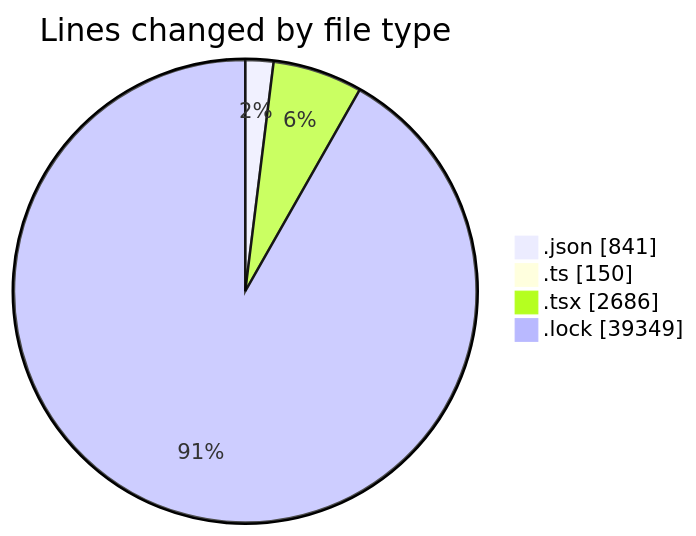
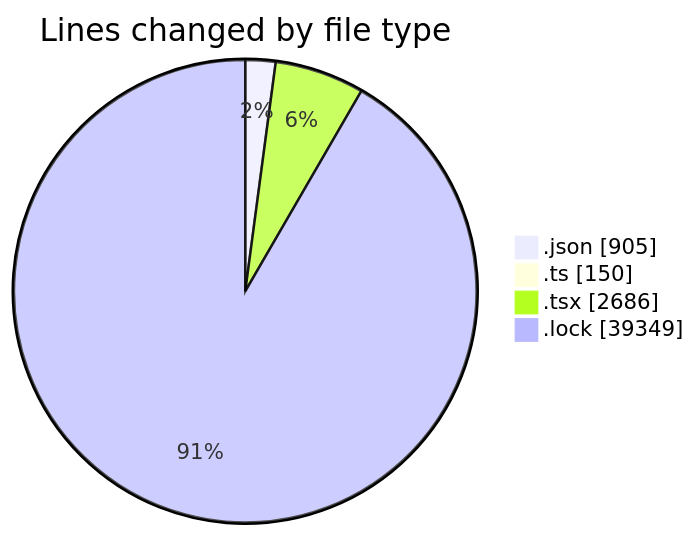
The first of 2 diagrams in 2025-05-07/cda/README.md (momahboobian/code-tracking), drawn with Mermaid before and after one commit. The commit also changed other lines of this file and 1 other file, not shown here.

````diff
--- a/2025-05-07/cda/README.md
+++ b/2025-05-07/cda/README.md
@@ -53,8 +54,8 @@
 ```mermaid
 pie showData
 title Lines changed by file type
-".json" : 841
+".json" : 905
 ".ts" : 150
 ".tsx" : 2686
 ".lock" : 39349
 ```
````
